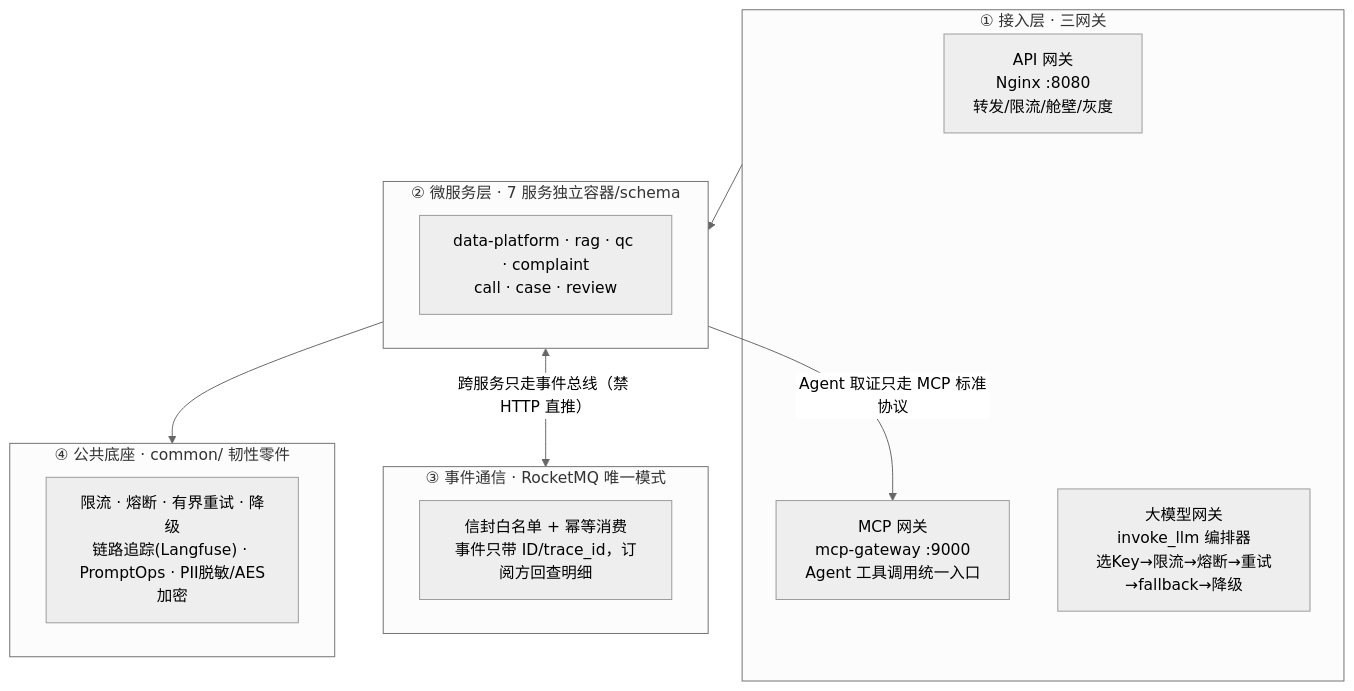
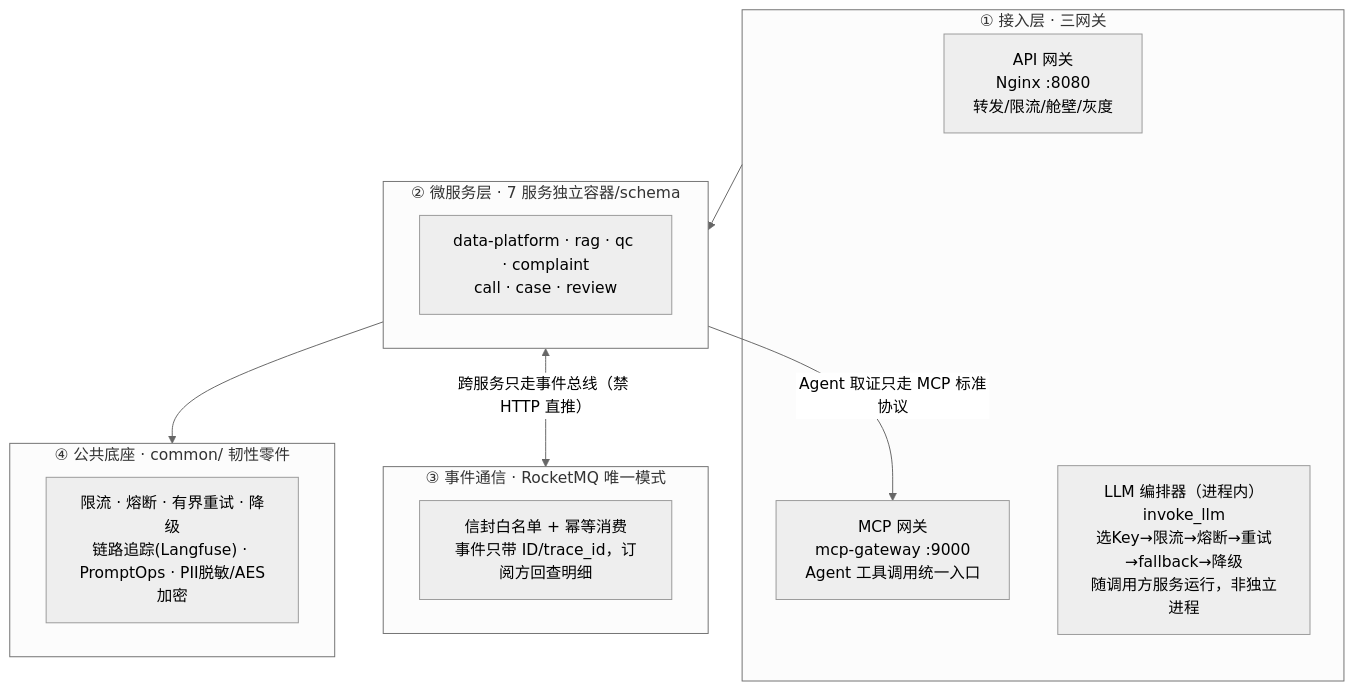
One commit to GavinYoung66/ai_collection changed the second of 2 diagrams in README.md. Above: the diagram before and after it, drawn with Mermaid (neutral theme). The commit also changed other lines of this file and 23 other files, not shown here.

````diff
--- a/README.md
+++ b/README.md
@@ -71,21 +71,21 @@
 ```mermaid
 flowchart TB
     subgraph L1["① 接入层 · 三网关"]
         GW1["API 网关<br/>Nginx :8080<br/>转发/限流/舱壁/灰度"]
         GW2["MCP 网关<br/>mcp-gateway :9000<br/>Agent 工具调用统一入口"]
-        GW3["大模型网关<br/>invoke_llm 编排器<br/>选Key→限流→熔断→重试→fallback→降级"]
+        GW3["LLM 编排器（进程内）<br/>invoke_llm<br/>选Key→限流→熔断→重试→fallback→降级<br/>随调用方服务运行，非独立进程"]
     end
     subgraph L2["② 微服务层 · 7 服务独立容器/schema"]
         SVC["data-platform · rag · qc · complaint<br/>call · case · review"]
     end
     subgraph L3["③ 事件通信 · RocketMQ 唯一模式"]
         MQ["信封白名单 + 幂等消费<br/>事件只带 ID/trace_id，订阅方回查明细"]
     end
     subgraph L4["④ 公共底座 · common/ 韧性零件"]
         BASE["限流 · 熔断 · 有界重试 · 降级<br/>链路追踪(Langfuse) · PromptOps · PII脱敏/AES加密"]
     end
     L1 --> L2
     L2 <-->|"跨服务只走事件总线（禁 HTTP 直推）"| L3
     L2 -->|"Agent 取证只走 MCP 标准协议"| GW2
     L2 --> L4
 ```
````
